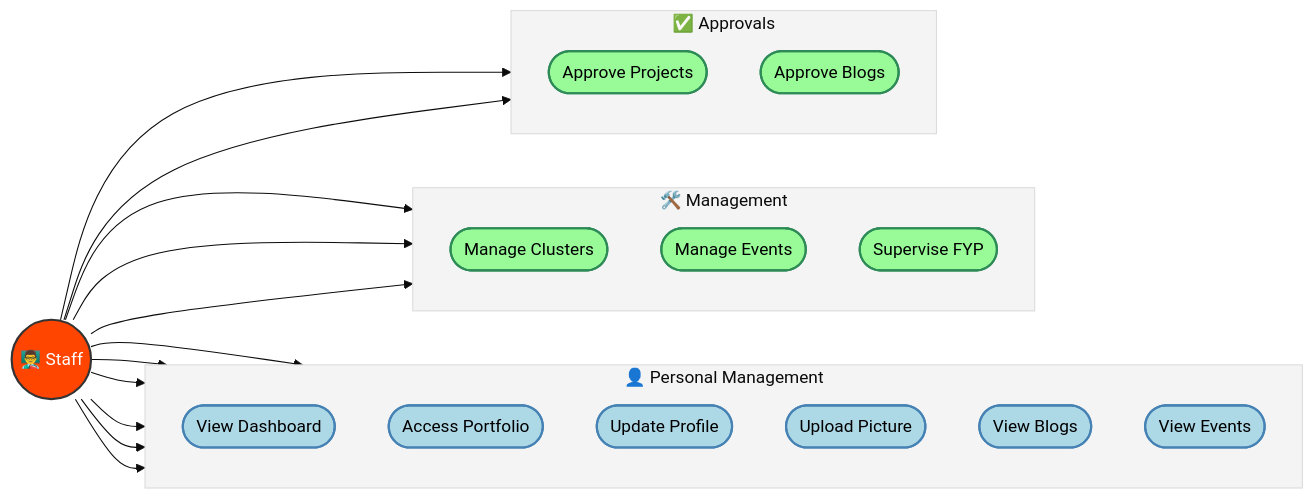
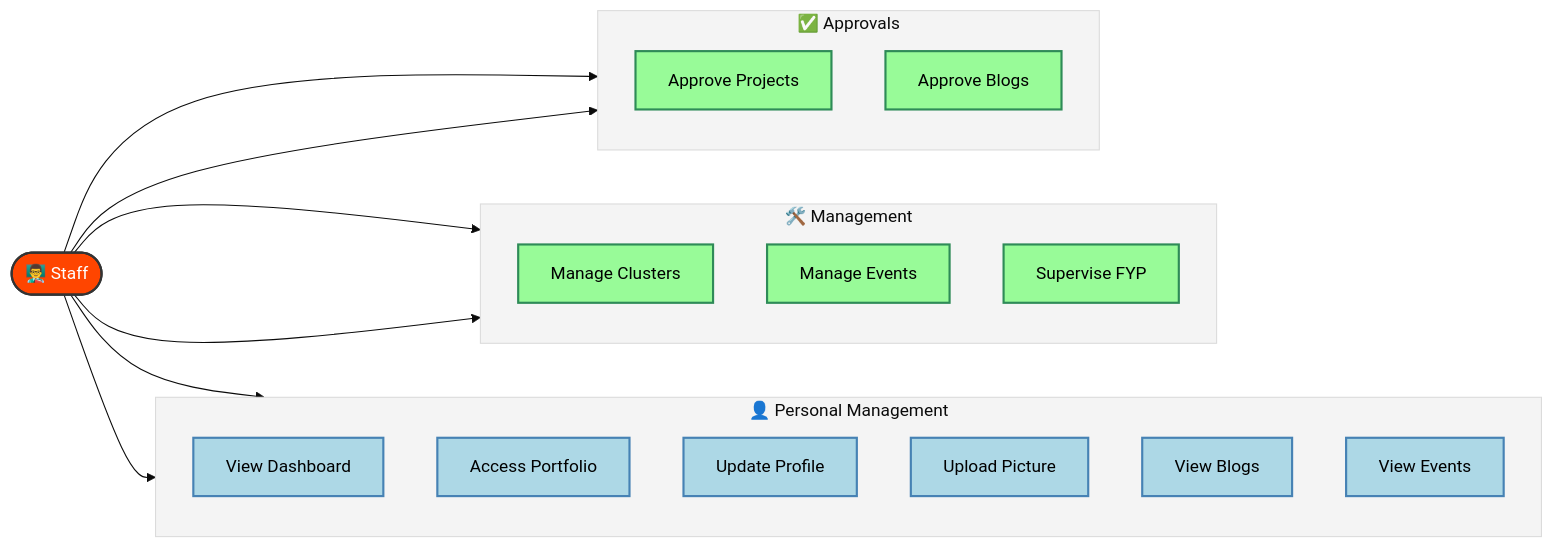
One commit to Abdulhalim7177/fyb.swebuk changed the diagram in app/dashboard/staff/README.md. Above: the diagram before and after it, drawn with Mermaid. The commit also changed 4 other files, not shown here.

Commit message:
Update role-based READMEs with horizontal diagrams, oval actors, and square use cases.

````diff
--- a/app/dashboard/staff/README.md
+++ b/app/dashboard/staff/README.md
@@ -8,48 +8,45 @@
 ```mermaid
 %%{init: {'theme': 'base', 'themeVariables': { 'primaryColor': '#ADD8E6', 'edgeLabelBackground':'#ffffff', 'tertiaryColor': '#f4f4f4'}}}%%
 graph LR
     %% Styles
     classDef actor fill:#FF4500,stroke:#333,stroke-width:2px,color:white,font-size:16px;
-    classDef usecase fill:#ADD8E6,stroke:#4682B4,stroke-width:2px,color:black,rx:10,ry:10;
-    classDef manage fill:#98FB98,stroke:#2E8B57,stroke-width:2px,color:black,rx:10,ry:10;
+    classDef usecase fill:#ADD8E6,stroke:#4682B4,stroke-width:2px,color:black,shape:rect;
+    classDef manage fill:#98FB98,stroke:#2E8B57,stroke-width:2px,color:black,shape:rect;
 
     %% Actor
-    Staff(("👨‍🏫 Staff")):::actor
+    Staff([👨‍🏫 Staff]):::actor
 
     %% Use Cases
     subgraph Personal ["👤 Personal Management"]
         direction TB
-        UC3(["View Dashboard"]):::usecase
-        UC13(["Access Portfolio"]):::usecase
-        UC14(["Update Profile"]):::usecase
-        UC15(["Upload Picture"]):::usecase
-        UC10(["View Blogs"]):::usecase
-        UC11(["View Events"]):::usecase
+        UC3[View Dashboard]:::usecase
+        UC13[Access Portfolio]:::usecase
+        UC14[Update Profile]:::usecase
+        UC15[Upload Picture]:::usecase
+        UC10[View Blogs]:::usecase
+        UC11[View Events]:::usecase
     end
 
     subgraph Management ["🛠️ Management"]
         direction TB
-        UC20(["Manage Clusters"]):::manage
-        UC21(["Manage Events"]):::manage
-        UC22(["Supervise FYP"]):::manage
+        UC20[Manage Clusters]:::manage
+        UC21[Manage Events]:::manage
+        UC22[Supervise FYP]:::manage
     end
 
     subgraph Approvals ["✅ Approvals"]
         direction TB
-        UC18(["Approve Projects"]):::manage
-        UC19(["Approve Blogs"]):::manage
+        UC18[Approve Projects]:::manage
+        UC19[Approve Blogs]:::manage
     end
 
     %% Connections
+    Staff --> Personal
+    Staff --> Management
+    Staff --> Approvals
+
+    %% Direct links for clarity
     Staff --> UC3
-    Staff --> UC10
-    Staff --> UC11
-    Staff --> UC13
-    Staff --> UC14
-    Staff --> UC15
+    Staff --> UC20
     Staff --> UC18
-    Staff --> UC19
-    Staff --> UC20
-    Staff --> UC21
-    Staff --> UC22
 ```
````
